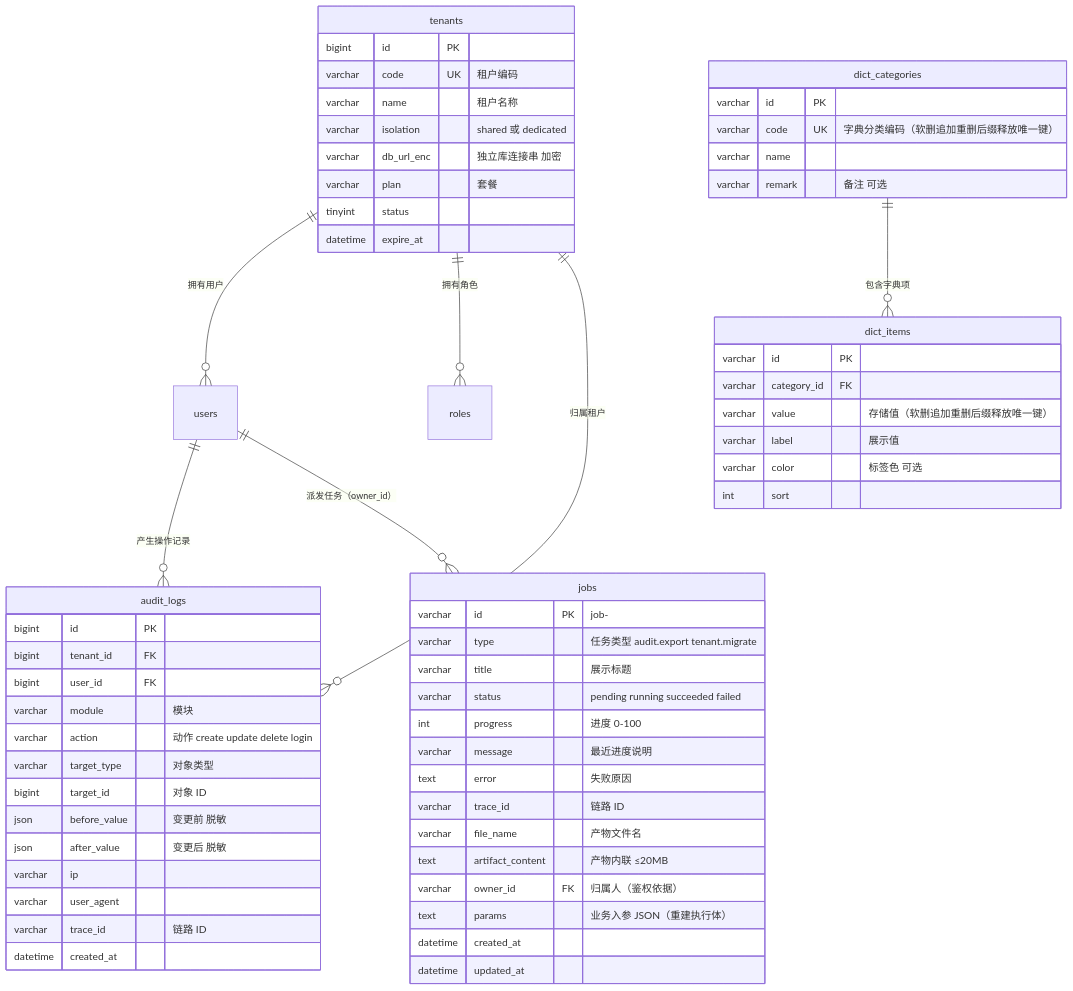
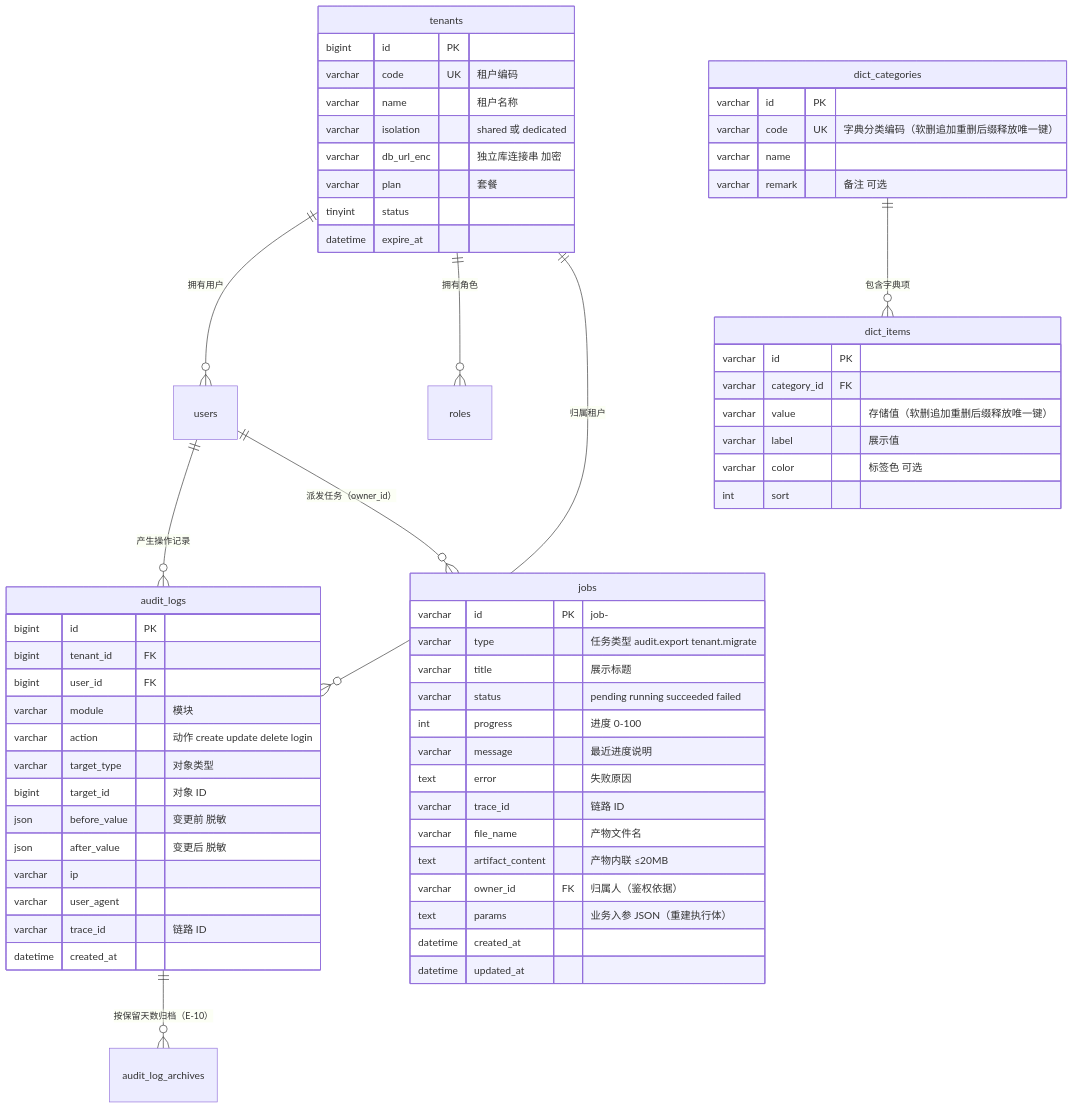
Before and after one commit to donttemos/TY: the second of 2 diagrams in docs/30-data-dictionary.md, drawn with Mermaid. The commit also changed other lines of this file and 293 other files, not shown here.

````diff
--- a/docs/30-data-dictionary.md
+++ b/docs/30-data-dictionary.md
@@ -149,65 +149,66 @@
 ```mermaid
 erDiagram
     tenants ||--o{ users : "拥有用户"
     tenants ||--o{ roles : "拥有角色"
     dict_categories ||--o{ dict_items : "包含字典项"
     users ||--o{ audit_logs : "产生操作记录"
     tenants ||--o{ audit_logs : "归属租户"
+    audit_logs ||--o{ audit_log_archives : "按保留天数归档（E-10）"
     users ||--o{ jobs : "派发任务（owner_id）"
 
     tenants {
         bigint id PK
         varchar code UK "租户编码"
         varchar name "租户名称"
         varchar isolation "shared 或 dedicated"
         varchar db_url_enc "独立库连接串 加密"
         varchar plan "套餐"
         tinyint status
         datetime expire_at
     }
     dict_categories {
         varchar id PK
         varchar code UK "字典分类编码（软删追加重删后缀释放唯一键）"
         varchar name
         varchar remark "备注 可选"
     }
     dict_items {
         varchar id PK
         varchar category_id FK
         varchar value "存储值（软删追加重删后缀释放唯一键）"
         varchar label "展示值"
         varchar color "标签色 可选"
         int sort
     }
     audit_logs {
         bigint id PK
         bigint tenant_id FK
         bigint user_id FK
         varchar module "模块"
         varchar action "动作 create update delete login"
         varchar target_type "对象类型"
         bigint target_id "对象 ID"
         json before_value "变更前 脱敏"
         json after_value "变更后 脱敏"
         varchar ip
         varchar user_agent
         varchar trace_id "链路 ID"
         datetime created_at
     }
     jobs {
         varchar id PK "job-<uuid>"
         varchar type "任务类型 audit.export tenant.migrate"
         varchar title "展示标题"
         varchar status "pending running succeeded failed"
         int progress "进度 0-100"
         varchar message "最近进度说明"
         text error "失败原因"
         varchar trace_id "链路 ID"
         varchar file_name "产物文件名"
         text artifact_content "产物内联 ≤20MB"
         varchar owner_id FK "归属人（鉴权依据）"
         text params "业务入参 JSON（重建执行体）"
         datetime created_at
         datetime updated_at
     }
 ```
````
